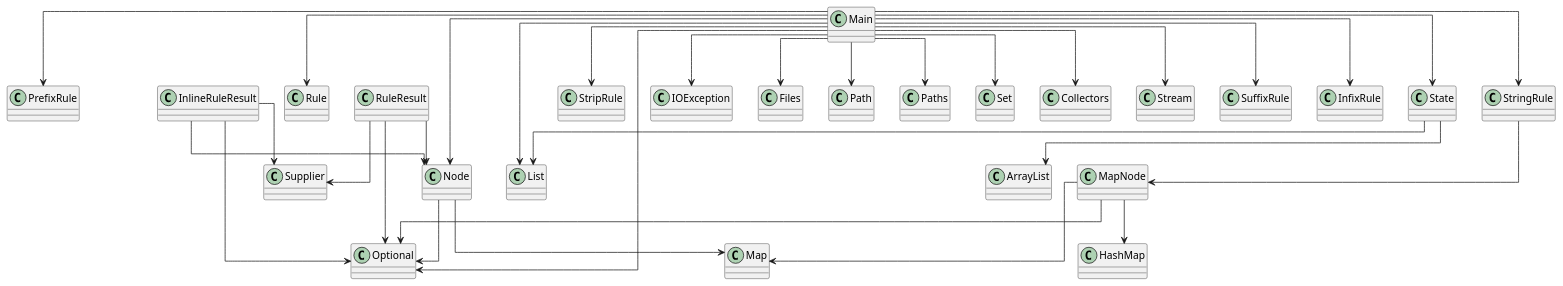
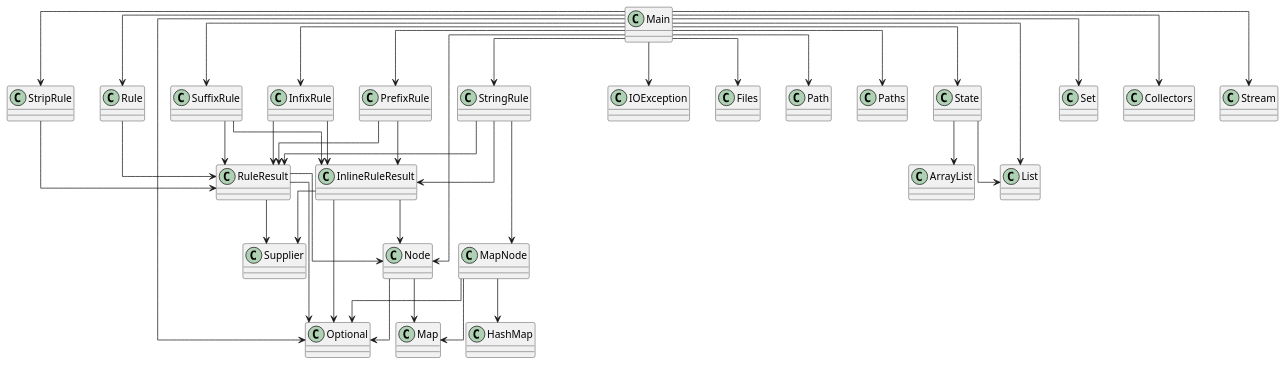
The diagram in diagram.puml (Magma-Foundation/Magma), drawn with PlantUML before and after one commit. The commit also changed 8 other files, not shown here.

```diff
--- a/diagram.puml
+++ b/diagram.puml
@@ -1,46 +1,56 @@
 @startuml
 skinparam linetype ortho
 class SuffixRule
+SuffixRule --> InlineRuleResult
+SuffixRule --> RuleResult
 class InfixRule
+InfixRule --> InlineRuleResult
+InfixRule --> RuleResult
 class Main
 Main --> Node
 Main --> InfixRule
 Main --> PrefixRule
 Main --> Rule
 Main --> State
 Main --> StringRule
 Main --> StripRule
 Main --> SuffixRule
 Main --> IOException
 Main --> Files
 Main --> Path
 Main --> Paths
 Main --> List
 Main --> Optional
 Main --> Set
 Main --> Collectors
 Main --> Stream
 class Rule
+Rule --> RuleResult
 class Node
 Node --> Map
 Node --> Optional
-class InlineRuleResult
-InlineRuleResult --> Node
-InlineRuleResult --> Optional
-InlineRuleResult --> Supplier
 class MapNode
 MapNode --> HashMap
 MapNode --> Map
 MapNode --> Optional
 class PrefixRule
-class StringRule
-StringRule --> MapNode
-class StripRule
-class State
-State --> ArrayList
-State --> List
+PrefixRule --> InlineRuleResult
+PrefixRule --> RuleResult
 class RuleResult
 RuleResult --> Node
 RuleResult --> Optional
 RuleResult --> Supplier
+class InlineRuleResult
+InlineRuleResult --> Node
+InlineRuleResult --> Optional
+InlineRuleResult --> Supplier
+class StringRule
+StringRule --> MapNode
+StringRule --> InlineRuleResult
+StringRule --> RuleResult
+class StripRule
+StripRule --> RuleResult
+class State
+State --> ArrayList
+State --> List
 @enduml
```
